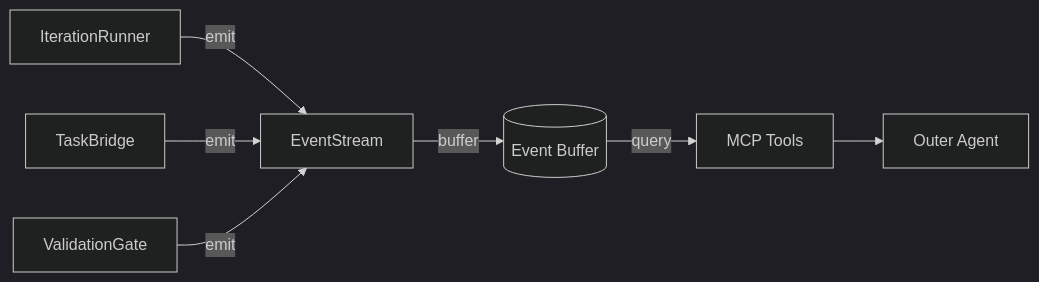
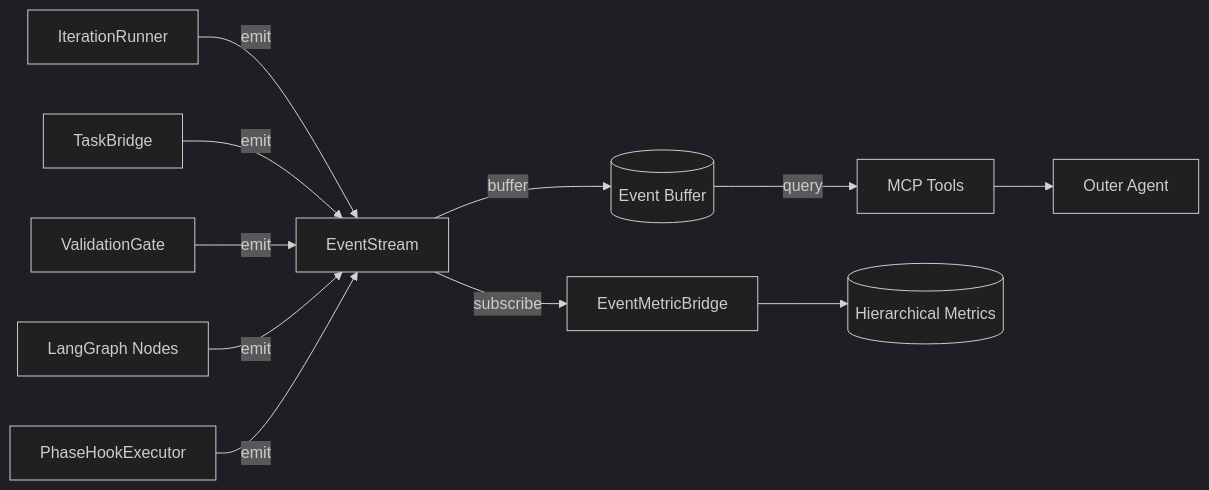
The first of 5 diagrams in docs/contributing/EVENT_STREAMING.md (jienckebd/dev-loop), drawn with Mermaid (dark theme) before and after one commit. The commit also changed other lines of this file and 32 other files, not shown here.

````diff
--- a/docs/contributing/EVENT_STREAMING.md
+++ b/docs/contributing/EVENT_STREAMING.md
@@ -24,9 +24,13 @@
 ```mermaid
 flowchart LR
     IR[IterationRunner] -->|emit| ES[EventStream]
     TB[TaskBridge] -->|emit| ES
     VG[ValidationGate] -->|emit| ES
+    LG[LangGraph Nodes] -->|emit| ES
+    PHE[PhaseHookExecutor] -->|emit| ES
+    ES -->|subscribe| EMB[EventMetricBridge]
     ES -->|buffer| Events[(Event Buffer)]
     Events -->|query| MCP[MCP Tools]
     MCP --> Agent[Outer Agent]
+    EMB --> Metrics[(Hierarchical Metrics)]
 ```
````
